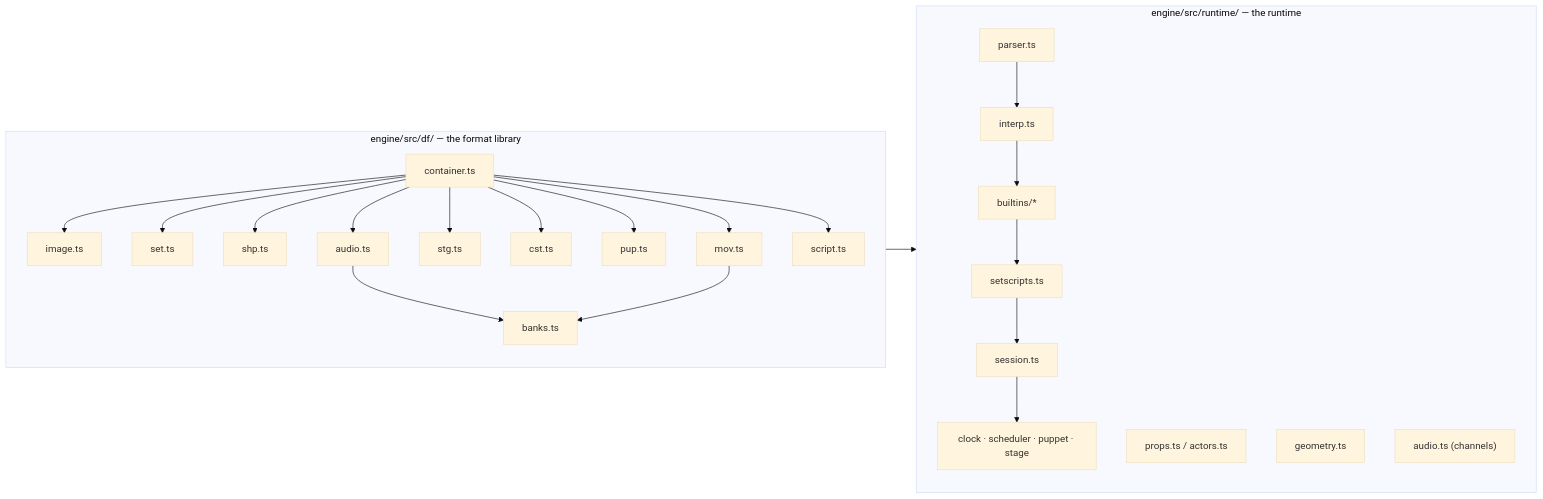
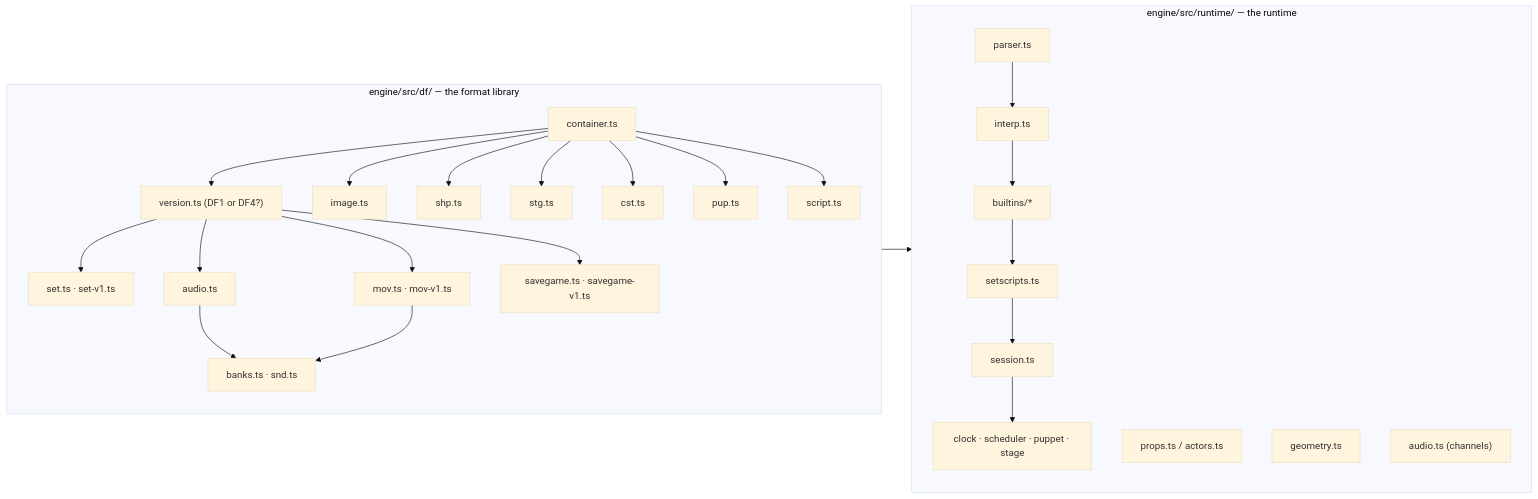
Before and after one commit to dhobi/dreamrefactory: the first of 2 diagrams in docs/engine/architecture.md, drawn with Mermaid (base theme). The commit also changed other lines of this file and 35 other files, not shown here.

````diff
--- a/docs/engine/architecture.md
+++ b/docs/engine/architecture.md
@@ -14,29 +34,31 @@
 ```mermaid
 flowchart LR
   subgraph df["engine/src/df/ — the format library"]
     direction TB
-    C["container.ts"] --> IMG["image.ts"]
-    C --> SET["set.ts"]
+    C["container.ts"] --> VER["version.ts (DF1 or DF4?)"]
+    C --> IMG["image.ts"]
+    VER --> SET["set.ts · set-v1.ts"]
+    VER --> MOV["mov.ts · mov-v1.ts"]
+    VER --> AUD["audio.ts"]
+    VER --> SAV["savegame.ts · savegame-v1.ts"]
     C --> SHP["shp.ts"]
-    C --> MOV["mov.ts"]
     C --> STG["stg.ts"]
     C --> CST["cst.ts"]
     C --> PUP["pup.ts"]
-    C --> AUD["audio.ts"]
     C --> SCR["script.ts"]
-    AUD --> BK["banks.ts"]
+    AUD --> BK["banks.ts · snd.ts"]
     MOV --> BK
   end
   subgraph engine["engine/src/runtime/ — the runtime"]
     direction TB
     P["parser.ts"] --> I["interp.ts"]
     I --> BI["builtins/*"]
     BI --> SS["setscripts.ts"]
     SS --> SESS["session.ts"]
     SESS --> SUB["clock · scheduler · puppet · stage"]
     PR["props.ts / actors.ts"]
     GEO["geometry.ts"]
     EA["audio.ts (channels)"]
   end
   df --> engine
 ```
````
